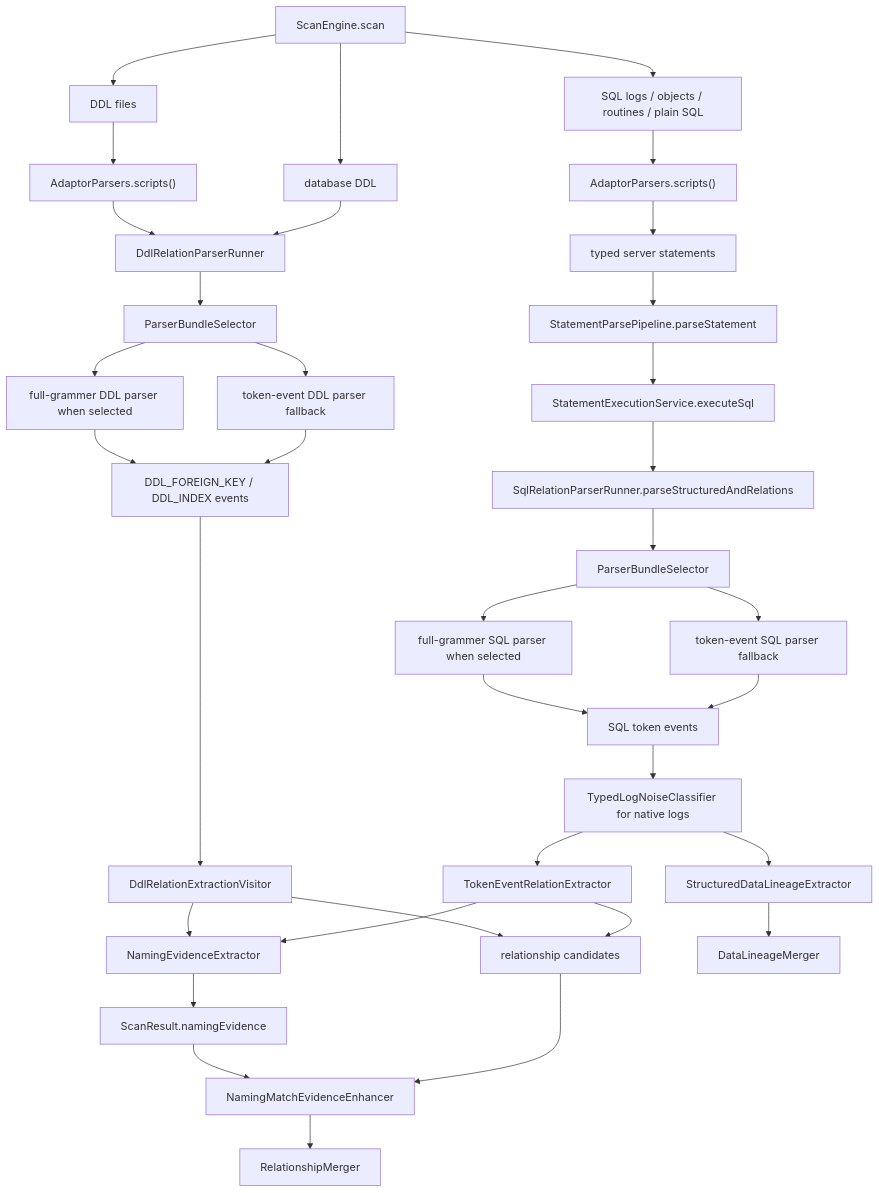
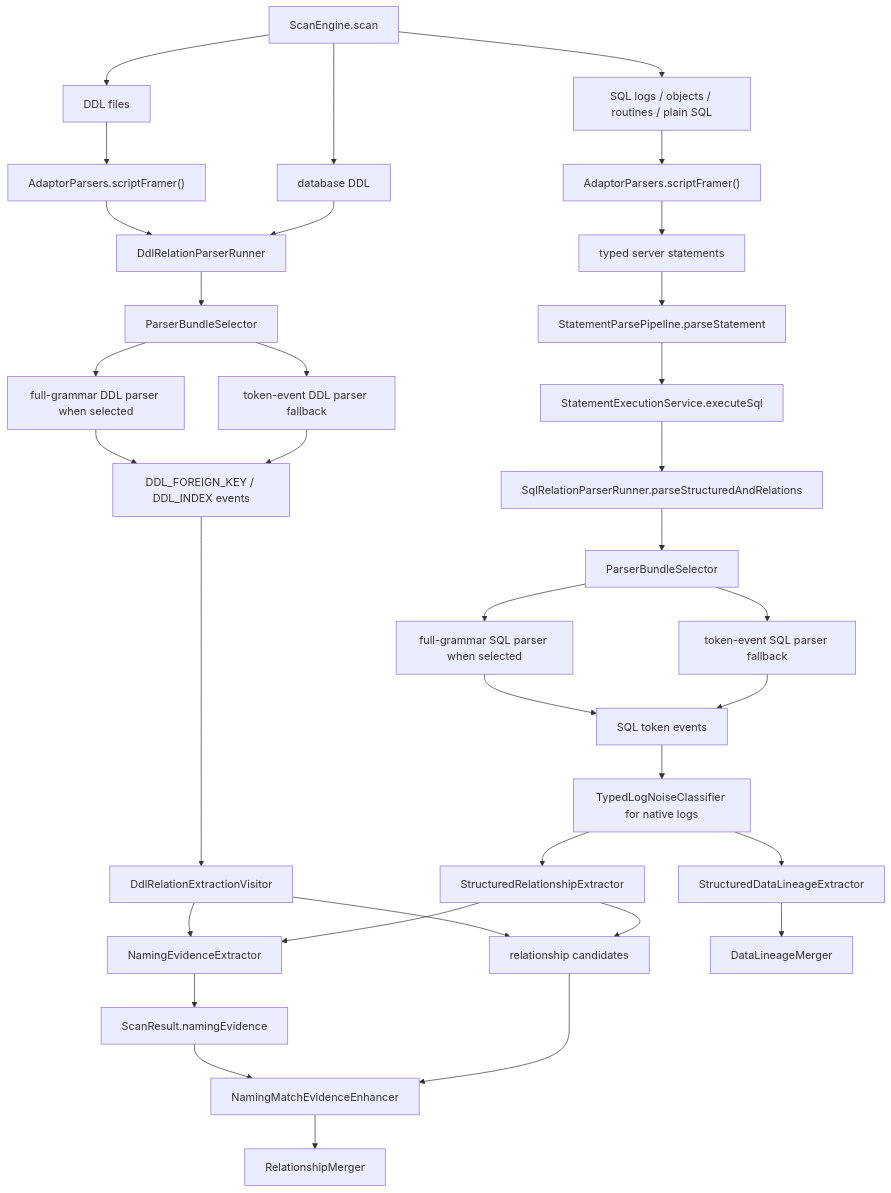
Before and after one commit to xiaoguang/relation-detector: the first of 7 diagrams in docs/design/relation-detector/phase-06-parser-enhancement.md, drawn with Mermaid. The commit also changed other lines of this file and 1716 other files, not shown here.

Commit message:
refactor: centralize grammar and script framing

````diff
--- a/docs/design/relation-detector/phase-06-parser-enhancement.md
+++ b/docs/design/relation-detector/phase-06-parser-enhancement.md
@@ -291,40 +303,40 @@
 ```mermaid
 flowchart TD
   scan["ScanEngine.scan"]
 
   scan --> ddlFiles["DDL files"]
-  ddlFiles --> ddlScripts["AdaptorParsers.scripts()"]
+  ddlFiles --> ddlScripts["AdaptorParsers.scriptFramer()"]
   ddlScripts --> ddlRunner["DdlRelationParserRunner"]
   scan --> databaseDdl["database DDL"]
   databaseDdl --> ddlRunner
   ddlRunner --> ddlBundle["ParserBundleSelector"]
-  ddlBundle --> ddlFull["full-grammer DDL parser when selected"]
+  ddlBundle --> ddlFull["full-grammar DDL parser when selected"]
   ddlBundle --> ddlToken["token-event DDL parser fallback"]
   ddlFull --> ddlEvents["DDL_FOREIGN_KEY / DDL_INDEX events"]
   ddlToken --> ddlEvents
   ddlEvents --> ddlRel["DdlRelationExtractionVisitor"]
   ddlRel --> namingExtract["NamingEvidenceExtractor"]
   ddlRel --> relCandidates["relationship candidates"]
 
   scan --> scriptInput["SQL logs / objects / routines / plain SQL"]
-  scriptInput --> scriptParser["AdaptorParsers.scripts()"]
+  scriptInput --> scriptParser["AdaptorParsers.scriptFramer()"]
   scriptParser --> sqlInput["typed server statements"]
   sqlInput --> stmtPipeline["StatementParsePipeline.parseStatement"]
   stmtPipeline --> execution["StatementExecutionService.executeSql"]
   execution --> sqlRunner["SqlRelationParserRunner.parseStructuredAndRelations"]
   sqlRunner --> sqlBundle["ParserBundleSelector"]
-  sqlBundle --> sqlFull["full-grammer SQL parser when selected"]
+  sqlBundle --> sqlFull["full-grammar SQL parser when selected"]
   sqlBundle --> sqlToken["token-event SQL parser fallback"]
   sqlFull --> sqlEvents["SQL token events"]
   sqlToken --> sqlEvents
   sqlEvents --> noise["TypedLogNoiseClassifier for native logs"]
   noise --> lineage["StructuredDataLineageExtractor"]
   lineage --> lineageMerge["DataLineageMerger"]
-  noise --> sqlRel["TokenEventRelationExtractor"]
+  noise --> sqlRel["StructuredRelationshipExtractor"]
   sqlRel --> namingExtract
   sqlRel --> relCandidates
   namingExtract --> namingPool["ScanResult.namingEvidence"]
   namingPool --> namingEnhancer["NamingMatchEvidenceEnhancer"]
   relCandidates --> namingEnhancer
   namingEnhancer --> relMerge["RelationshipMerger"]
 ```
````
